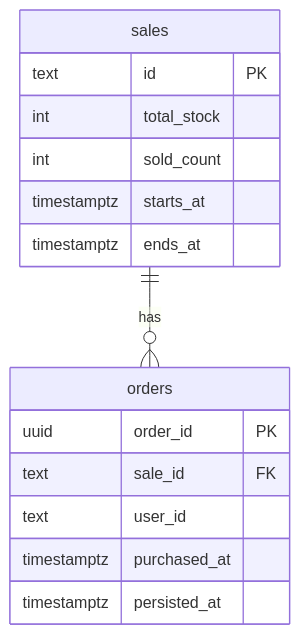
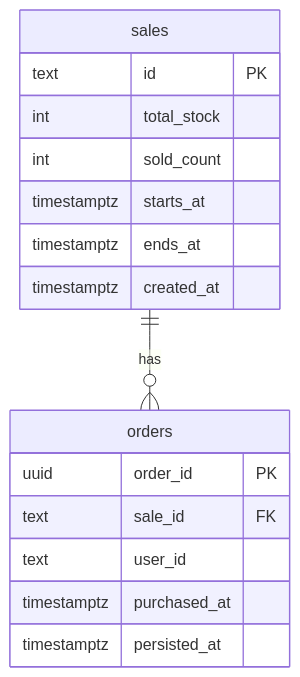
Before and after one commit to DwiHandoyo/flash-sale: the diagram in docs/04-data-model.md, drawn with Mermaid. The commit also changed other lines of this file and 11 other files, not shown here.

````diff
--- a/docs/04-data-model.md
+++ b/docs/04-data-model.md
@@ -29,18 +29,19 @@
 ```mermaid
 erDiagram
     sales ||--o{ orders : "has"
     sales {
         text id PK
         int total_stock
         int sold_count
         timestamptz starts_at
         timestamptz ends_at
+        timestamptz created_at
     }
     orders {
         uuid order_id PK
         text sale_id FK
         text user_id
         timestamptz purchased_at
         timestamptz persisted_at
     }
 ```
````
